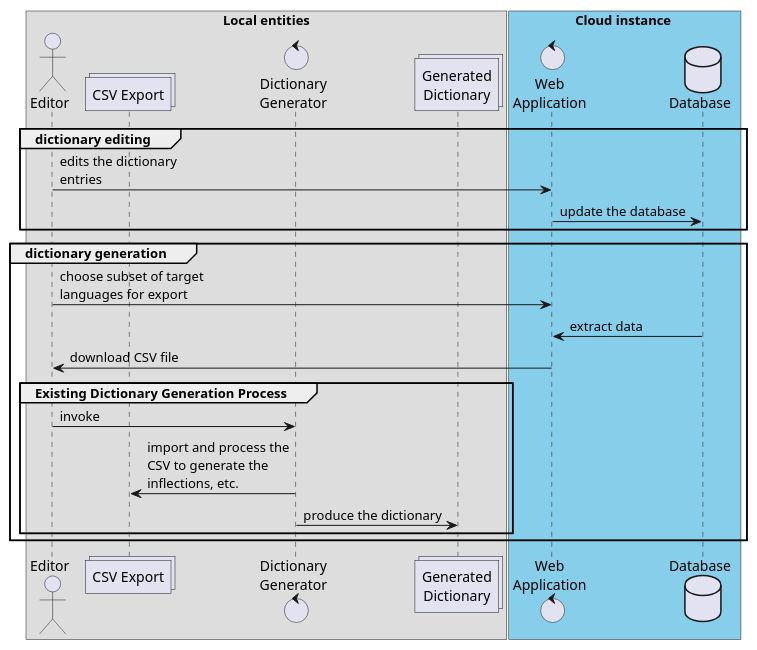
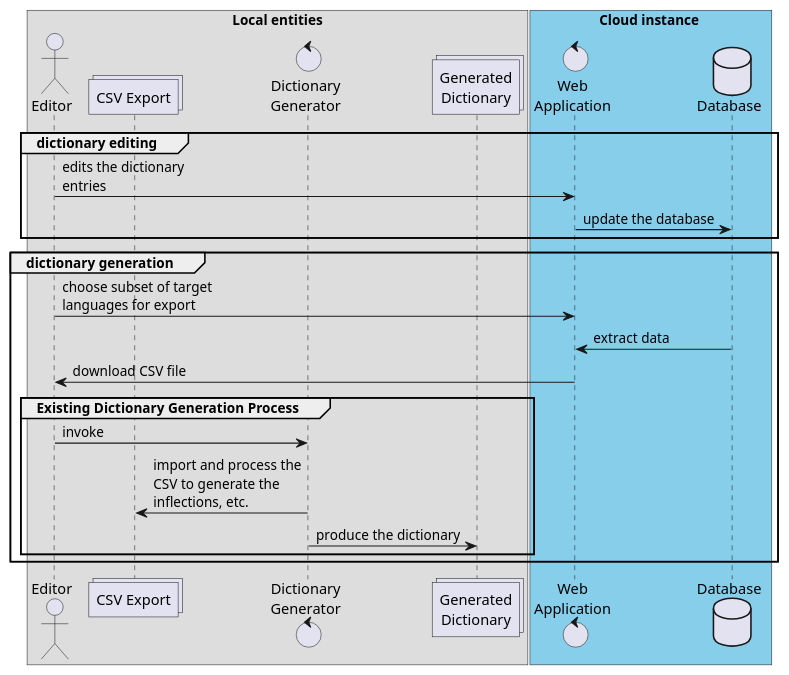
The third of 4 diagrams in design/001_online_editing_basic/001_online_editing_basic.md (Devamitta/online-tool-for-db), drawn with PlantUML before and after one commit. The commit also changed other lines of this file and 2 other files, not shown here.

````diff
--- a/design/001_online_editing_basic/001_online_editing_basic.md
+++ b/design/001_online_editing_basic/001_online_editing_basic.md
@@ -81,37 +83,38 @@
 ```plantuml
 @startuml
 skinparam maxMessageSize 150
 skinparam wrapWidth 150
+skinparam dpi 100
 
 box Local entities
 actor "Editor" as editor
 collections "CSV Export" as csv
 control "Dictionary\nGenerator" as dict_gen
 collections "Generated\nDictionary" as gen_dict
 end box
 box Cloud instance #SkyBlue
 control "Web\nApplication" as webapp
 database "Database" as web_db 
 end box
 
 
 group dictionary editing
 editor -> webapp: edits the dictionary entries
 webapp -> web_db: update the database
 end group
 
 group dictionary generation
 editor -> webapp: choose subset of target languages for export
 webapp <- web_db: extract data
 webapp -> editor: download CSV file
 group Existing Dictionary Generation Process
 editor -> dict_gen: invoke
 csv <- dict_gen: import and process the CSV to generate the inflections, etc.
 dict_gen -> gen_dict: produce the dictionary
 end
 
 
 end group
 
 @enduml
 ```
````
